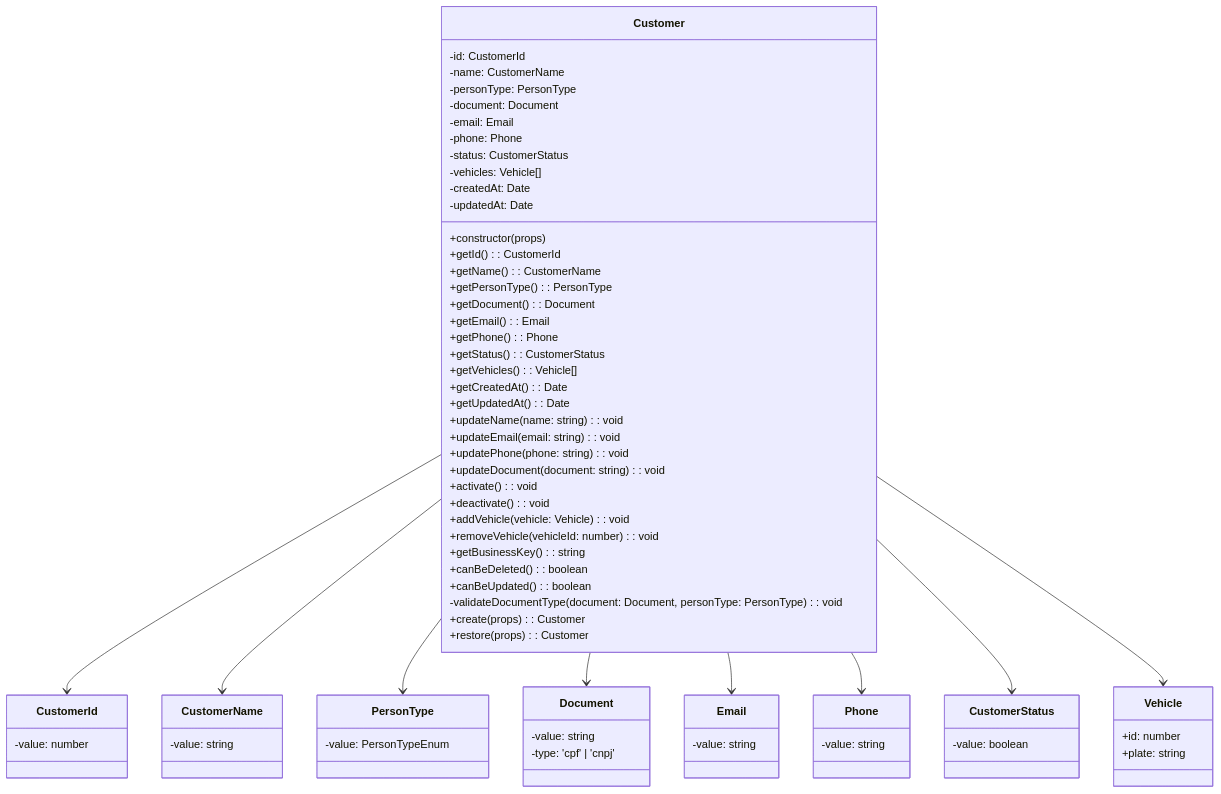
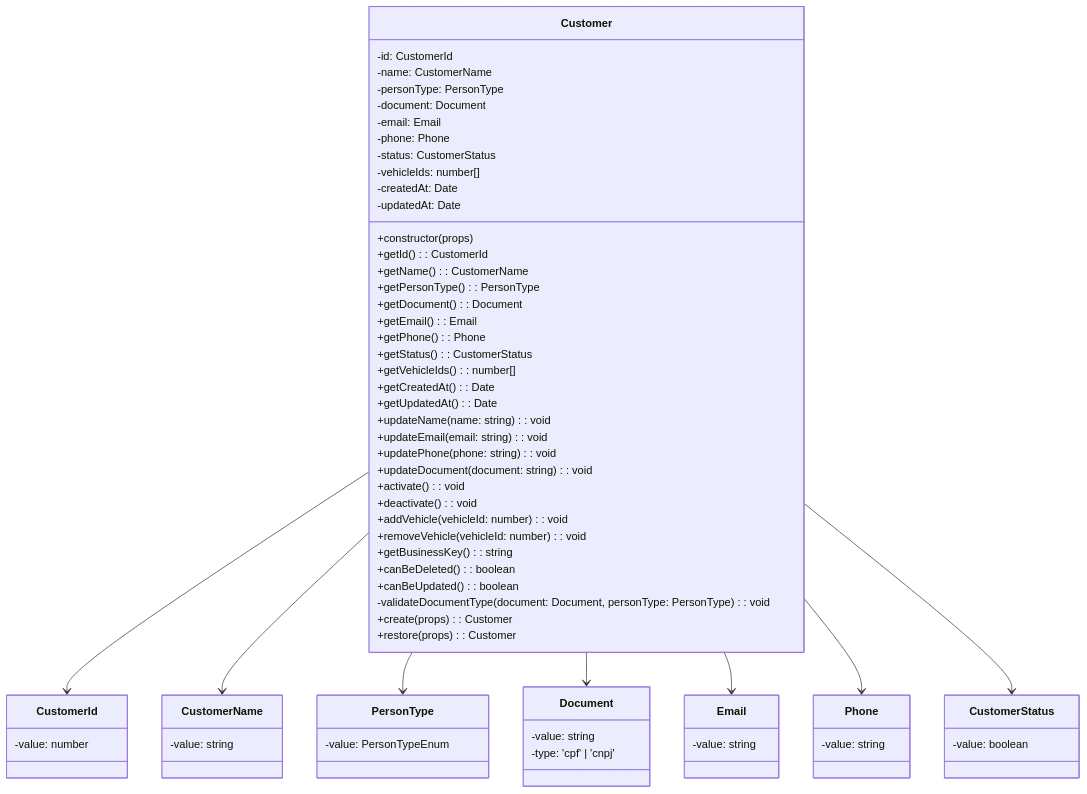
One commit to 12SOAT-Workshop-FIAP/garage-management-system changed the seventh of 16 diagrams in docs/hexagonal-architecture-migration.md. Above: the diagram before and after it, drawn with Mermaid. The commit also changed other lines of this file, not shown here.

````diff
--- a/docs/hexagonal-architecture-migration.md
+++ b/docs/hexagonal-architecture-migration.md
@@ -353,7 +348,7 @@
         -email: Email
         -phone: Phone
         -status: CustomerStatus
-        -vehicles: Vehicle[]
+        -vehicleIds: number[]
         -createdAt: Date
         -updatedAt: Date
         
@@ -365,7 +360,7 @@
         +getEmail(): Email
         +getPhone(): Phone
         +getStatus(): CustomerStatus
-        +getVehicles(): Vehicle[]
+        +getVehicleIds(): number[]
         +getCreatedAt(): Date
         +getUpdatedAt(): Date
         
@@ -375,7 +370,7 @@
         +updateDocument(document: string): void
         +activate(): void
         +deactivate(): void
-        +addVehicle(vehicle: Vehicle): void
+        +addVehicle(vehicleId: number): void
         +removeVehicle(vehicleId: number): void
         +getBusinessKey(): string
         +canBeDeleted(): boolean
@@ -416,11 +411,6 @@
         -value: boolean
     }
     
-    class Vehicle {
-        +id: number
-        +plate: string
-    }
-    
     Customer --> CustomerId
     Customer --> CustomerName
     Customer --> PersonType
@@ -428,5 +418,4 @@
     Customer --> Email
     Customer --> Phone
     Customer --> CustomerStatus
-    Customer --> Vehicle
 ```
````
